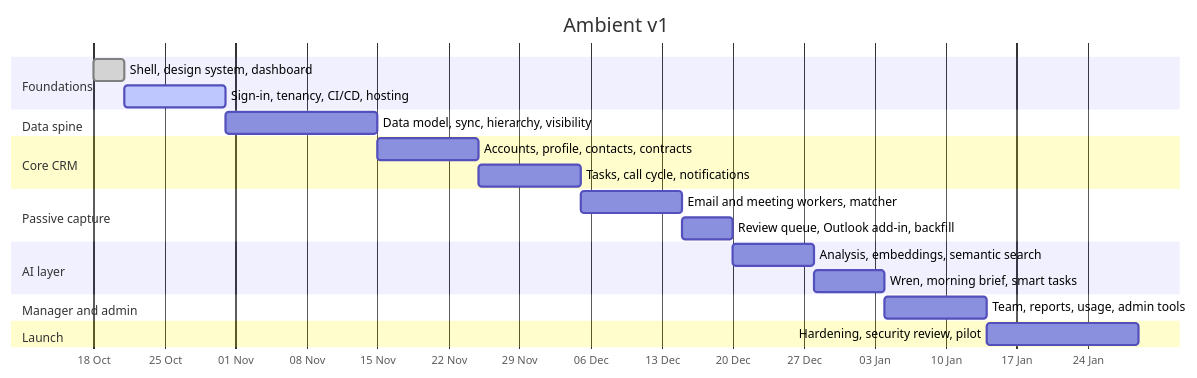
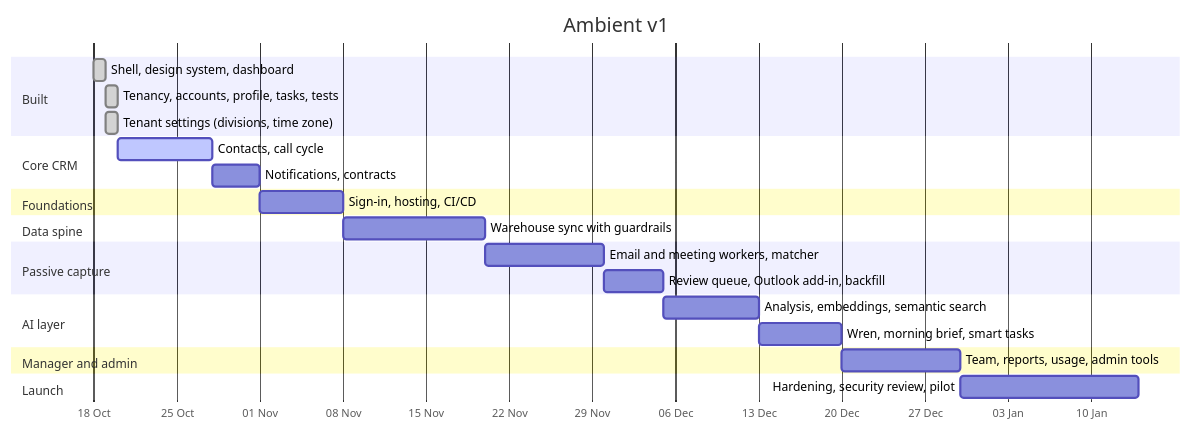
Before and after one commit to sonishivam1/ambient-crm: the diagram in docs/product/roadmap.md, drawn with Mermaid. The commit also changed other lines of this file and 40 other files, not shown here.

First line of the commit message:
feat(tenancy): per-tenant divisions, lenses and time zone

````diff
--- a/docs/product/roadmap.md
+++ b/docs/product/roadmap.md
@@ -7,24 +45,27 @@
 ```mermaid
 gantt
   title Ambient v1
   dateFormat YYYY-MM-DD
   axisFormat %d %b
+  section Built
+  Shell, design system, dashboard          :done,   b1, 2026-10-18, 1d
+  Tenancy, accounts, profile, tasks, tests :done,   b2, 2026-10-19, 1d
+  Tenant settings (divisions, time zone)   :done,   b3, 2026-10-19, 1d
+  section Core CRM
+  Contacts, call cycle                     :active, c1, 2026-10-20, 8d
+  Notifications, contracts                 :        c2, after c1, 4d
   section Foundations
-  Shell, design system, dashboard        :done,    f1, 2026-10-18, 3d
-  Sign-in, tenancy, CI/CD, hosting       :active,  f2, 2026-10-21, 10d
+  Sign-in, hosting, CI/CD                  :        f1, after c2, 7d
   section Data spine
-  Data model, sync, hierarchy, visibility :         d1, after f2, 15d
-  section Core CRM
-  Accounts, profile, contacts, contracts :         c1, after d1, 10d
-  Tasks, call cycle, notifications       :         c2, after c1, 10d
+  Warehouse sync with guardrails           :        d1, after f1, 12d
   section Passive capture
-  Email and meeting workers, matcher     :         p1, after c2, 10d
-  Review queue, Outlook add-in, backfill :         p2, after p1, 5d
+  Email and meeting workers, matcher       :        p1, after d1, 10d
+  Review queue, Outlook add-in, backfill   :        p2, after p1, 5d
   section AI layer
-  Analysis, embeddings, semantic search  :         a1, after p2, 8d
-  Wren, morning brief, smart tasks       :         a2, after a1, 7d
+  Analysis, embeddings, semantic search    :        a1, after p2, 8d
+  Wren, morning brief, smart tasks         :        a2, after a1, 7d
   section Manager and admin
-  Team, reports, usage, admin tools      :         m1, after a2, 10d
+  Team, reports, usage, admin tools        :        m1, after a2, 10d
   section Launch
-  Hardening, security review, pilot      :         l1, after m1, 15d
+  Hardening, security review, pilot        :        l1, after m1, 15d
 ```
````
